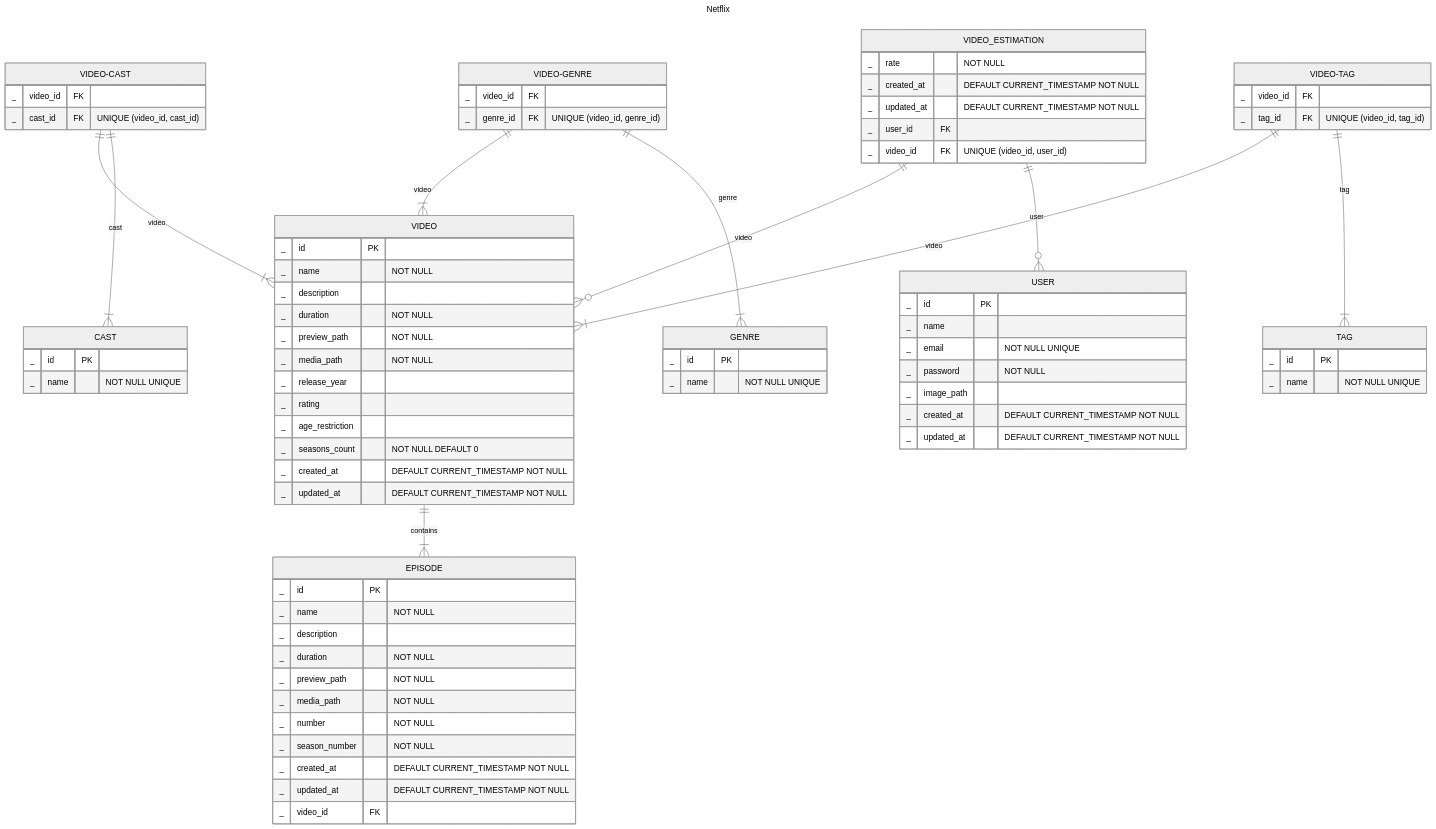
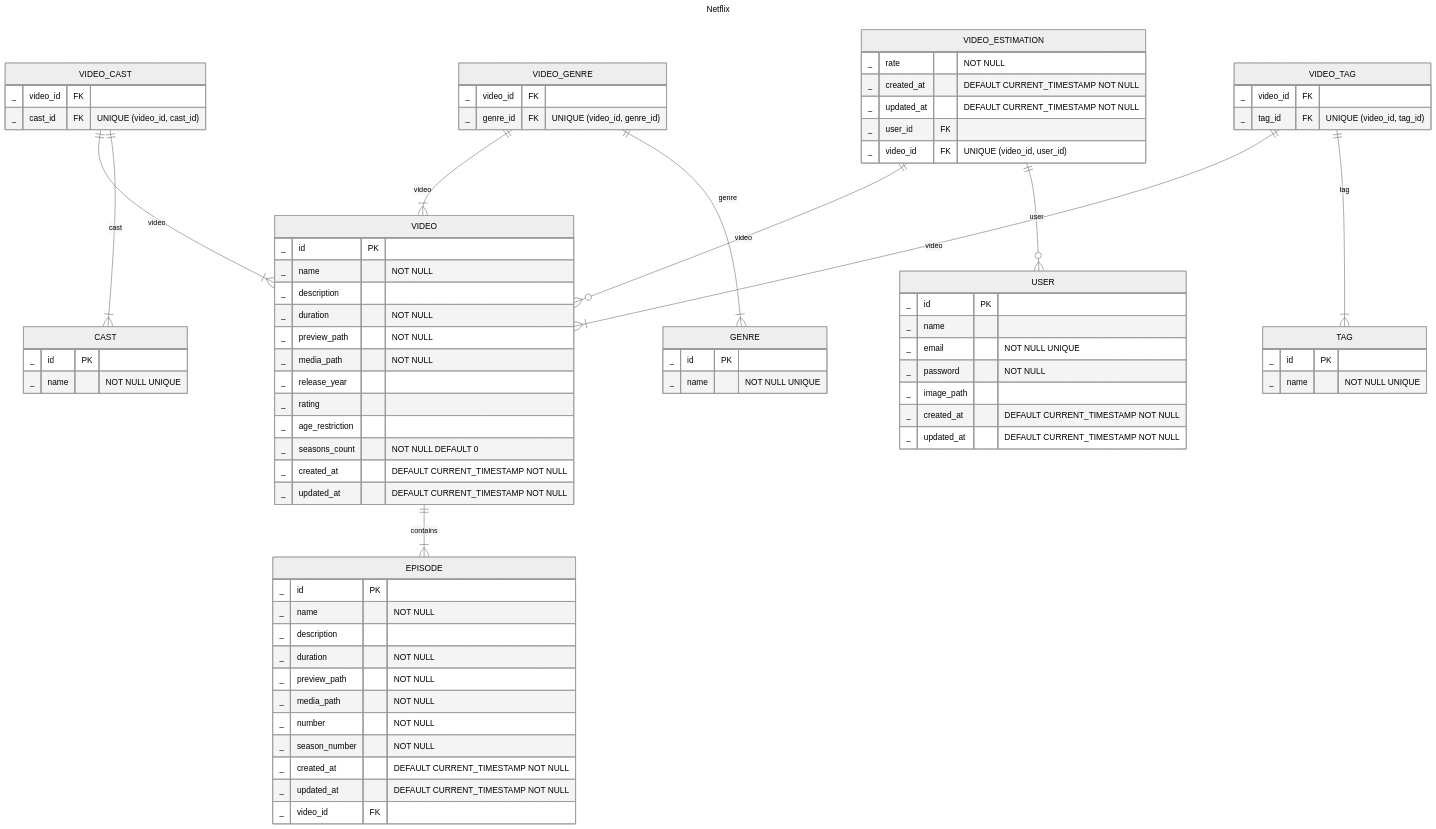
One commit to go-park-mail-ru/2023_2_Holi changed the diagram in db/ER.md. Above: the diagram before and after it, drawn with Mermaid (neutral theme).

```diff
--- a/db/ER.md
+++ b/db/ER.md
@@ -81,9 +81,9 @@
         _ name "NOT NULL UNIQUE"
     }
 
-    VIDEO-CAST ||--|{ VIDEO: video
-    VIDEO-CAST ||--|{ CAST: cast
-    VIDEO-CAST {
+    VIDEO_CAST ||--|{ VIDEO: video
+    VIDEO_CAST ||--|{ CAST: cast
+    VIDEO_CAST {
         _ video_id FK
         _ cast_id FK
         "UNIQUE (video_id, cast_id)"
@@ -94,9 +94,9 @@
         _ name "NOT NULL UNIQUE"
     }
 
-    VIDEO-GENRE ||--|{ VIDEO: video 
-    VIDEO-GENRE ||--|{ GENRE: genre
-    VIDEO-GENRE {
+    VIDEO_GENRE ||--|{ VIDEO: video 
+    VIDEO_GENRE ||--|{ GENRE: genre
+    VIDEO_GENRE {
         _ video_id FK
         _ genre_id FK
         "UNIQUE (video_id, genre_id)"
@@ -128,9 +128,9 @@
         _ name "NOT NULL UNIQUE"
     }
 
-    VIDEO-TAG ||--|{ VIDEO: video
-    VIDEO-TAG ||--|{ TAG: tag
-    VIDEO-TAG {
+    VIDEO_TAG ||--|{ VIDEO: video
+    VIDEO_TAG ||--|{ TAG: tag
+    VIDEO_TAG {
         _ video_id FK
         _ tag_id FK
         "UNIQUE (video_id, tag_id)"
```
